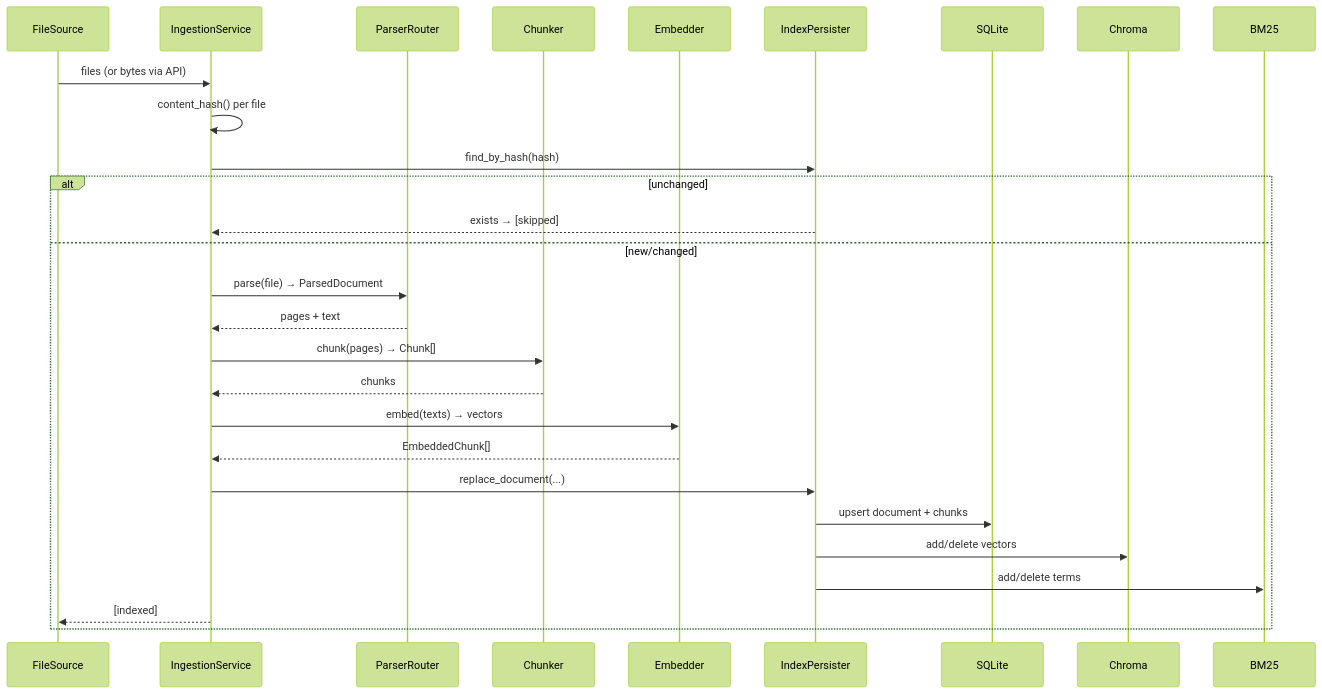
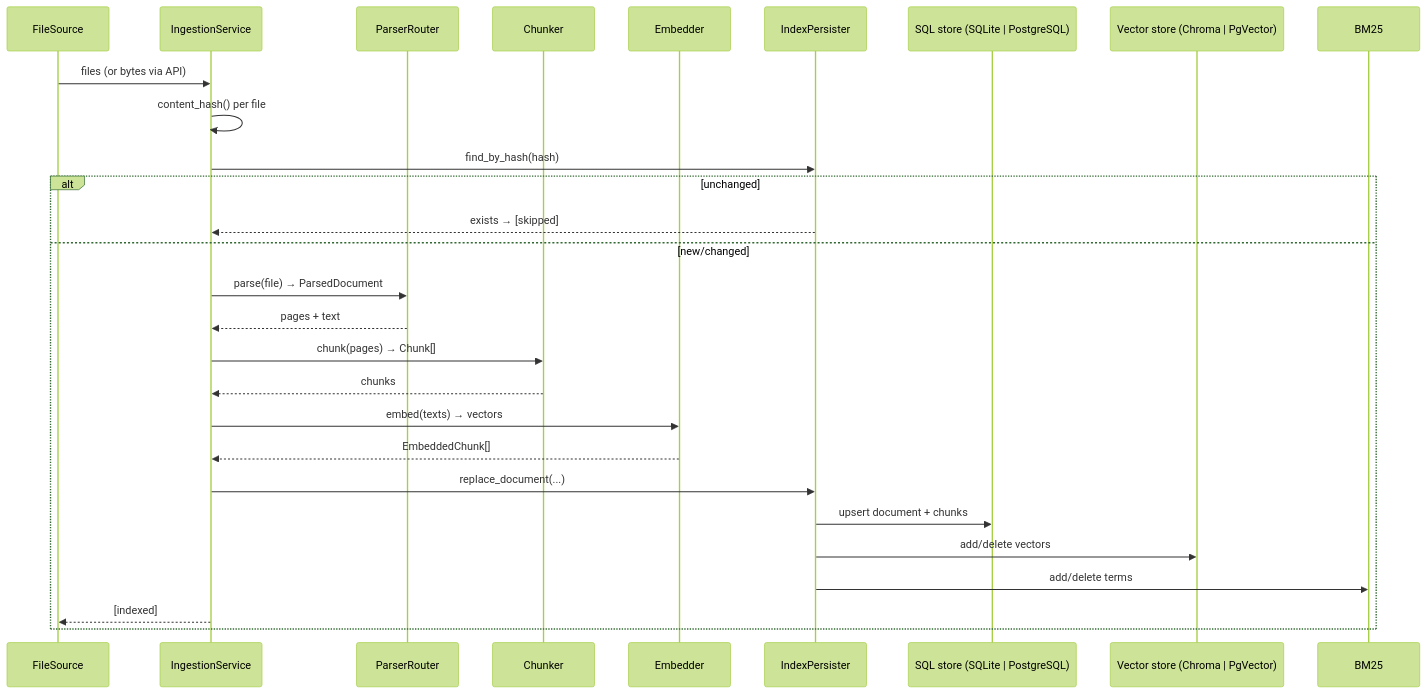
The third of 3 diagrams in docs/architecture.md (AnshumanRoy/Hybrid-Search), drawn with Mermaid (forest theme) before and after one commit. The commit also changed other lines of this file and 45 other files, not shown here.

````diff
--- a/docs/architecture.md
+++ b/docs/architecture.md
@@ -143,31 +187,31 @@
 ```mermaid
 sequenceDiagram
     participant S as FileSource
     participant IS as IngestionService
     participant P as ParserRouter
     participant CH as Chunker
     participant E as Embedder
     participant RP as IndexPersister
-    participant DB as SQLite
-    participant VS as Chroma
+    participant DB as SQL store (SQLite | PostgreSQL)
+    participant VS as Vector store (Chroma | PgVector)
     participant BM as BM25
 
     S->>IS: files (or bytes via API)
     IS->>IS: content_hash() per file
     IS->>RP: find_by_hash(hash)
     alt unchanged
         RP-->>IS: exists → [skipped]
     else new/changed
         IS->>P: parse(file) → ParsedDocument
         P-->>IS: pages + text
         IS->>CH: chunk(pages) → Chunk[]
         CH-->>IS: chunks
         IS->>E: embed(texts) → vectors
         E-->>IS: EmbeddedChunk[]
         IS->>RP: replace_document(...)
         RP->>DB: upsert document + chunks
         RP->>VS: add/delete vectors
         RP->>BM: add/delete terms
         IS-->>S: [indexed]
     end
 ```
````
